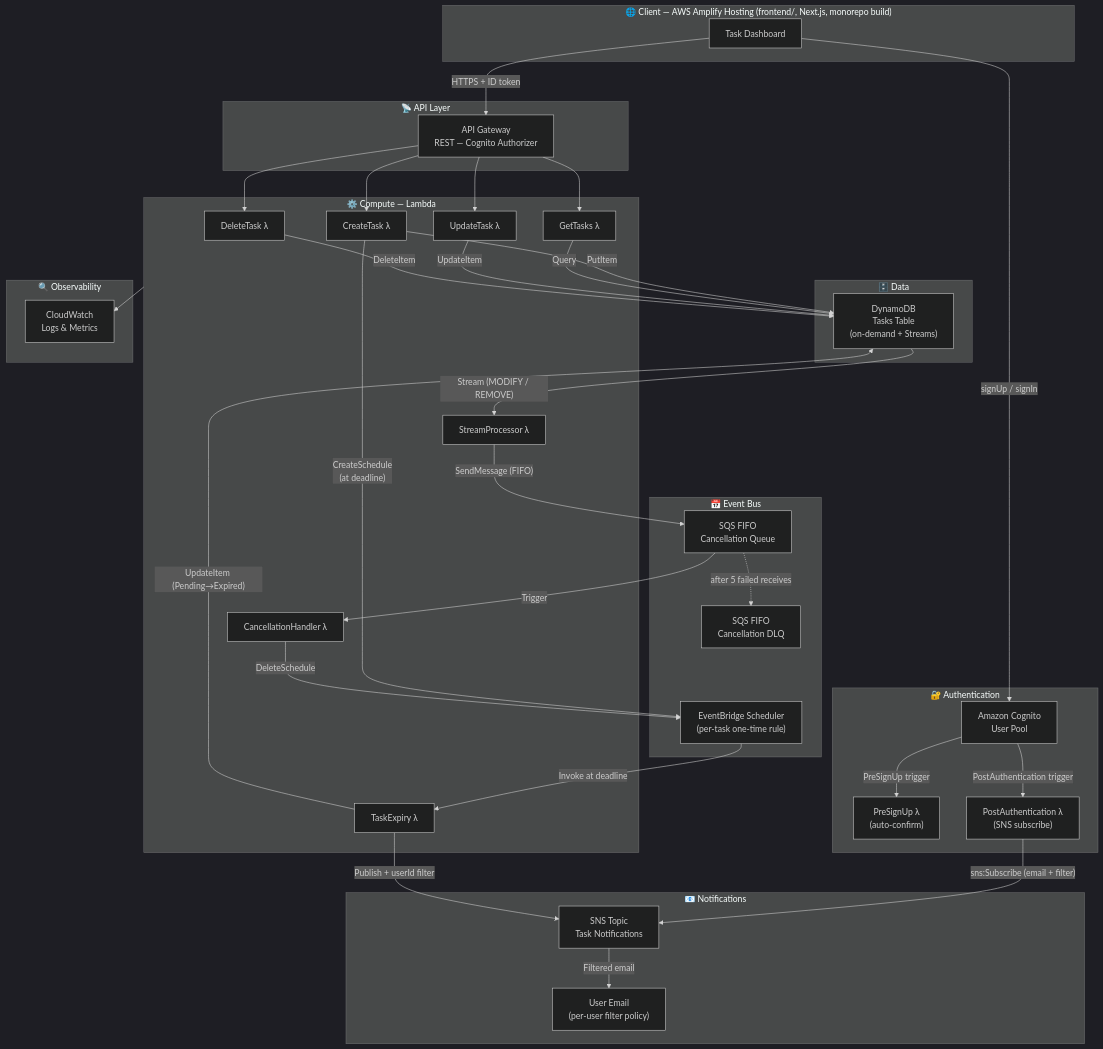
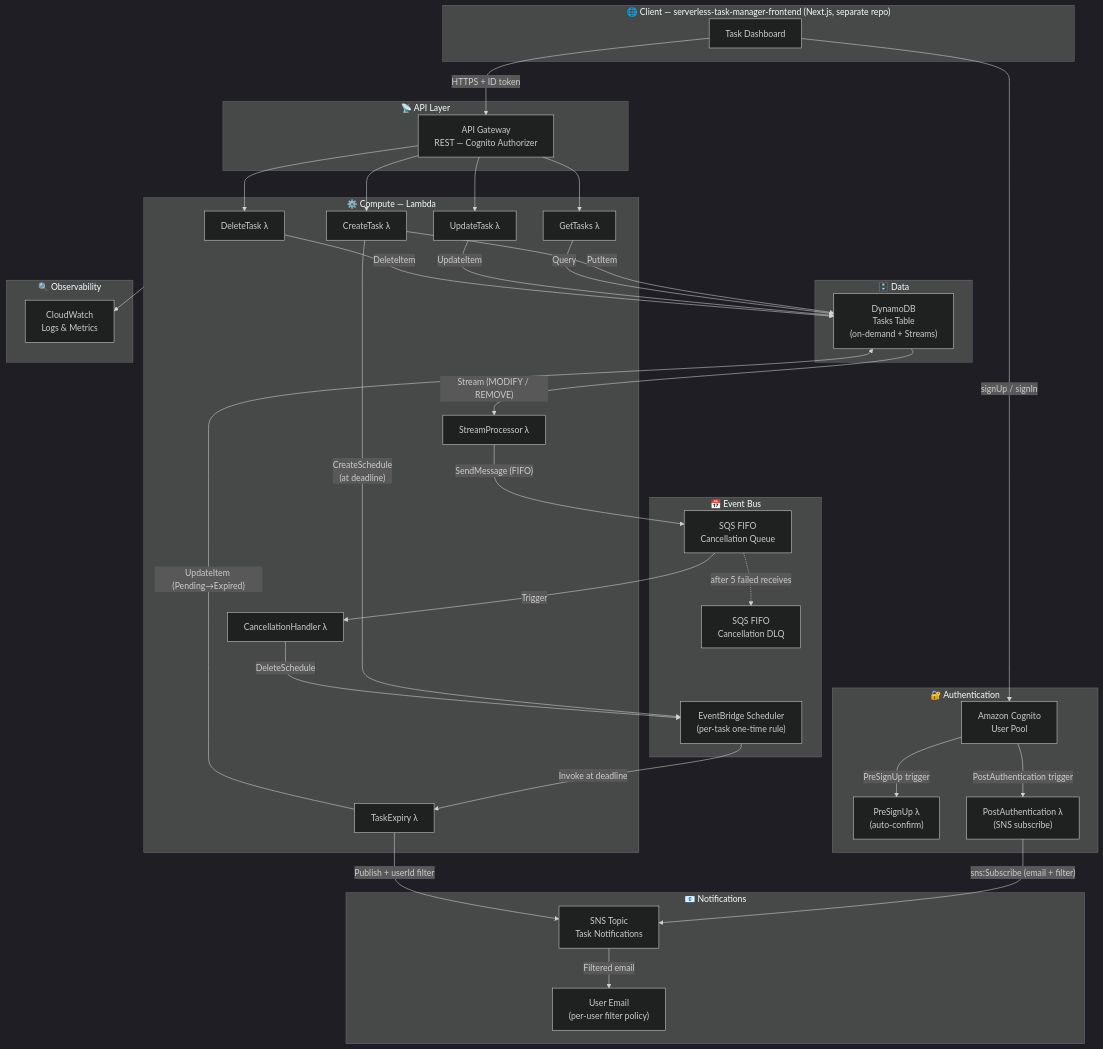
The first of 6 diagrams in docs/architecture.md (nlenjibi/serverless-task-manager-system), drawn with Mermaid (dark theme) before and after one commit. The commit also changed 5 other files, not shown here.

First line of the commit message:
Remove Amplify hosting from template, simplify pipeline to prod-only

````diff
--- a/docs/architecture.md
+++ b/docs/architecture.md
@@ -9,75 +9,75 @@
 ```mermaid
 graph TD
-    subgraph Client["🌐 Client — AWS Amplify Hosting (frontend/, Next.js, monorepo build)"]
+    subgraph Client["🌐 Client — serverless-task-manager-frontend (Next.js, separate repo)"]
         UI["Task Dashboard"]
     end
 
     subgraph Auth["🔐 Authentication"]
         COGN["Amazon Cognito\nUser Pool"]
         PRE["PreSignUp λ\n(auto-confirm)"]
         POST["PostAuthentication λ\n(SNS subscribe)"]
     end
 
     subgraph API["📡 API Layer"]
         APIGW["API Gateway\nREST — Cognito Authorizer"]
     end
 
     subgraph Compute["⚙️ Compute — Lambda"]
         CREATE["CreateTask λ"]
         GET["GetTasks λ"]
         UPDATE["UpdateTask λ"]
         DELETE["DeleteTask λ"]
         EXPIRY["TaskExpiry λ"]
         STREAM["StreamProcessor λ"]
         CANCEL["CancellationHandler λ"]
     end
 
     subgraph Data["🗄️ Data"]
         DDB["DynamoDB\nTasks Table\n(on-demand + Streams)"]
     end
 
     subgraph Events["📅 Event Bus"]
         SCHED["EventBridge Scheduler\n(per-task one-time rule)"]
         SQS["SQS FIFO\nCancellation Queue"]
         DLQ["SQS FIFO\nCancellation DLQ"]
     end
 
     subgraph Notify["📧 Notifications"]
         SNS["SNS Topic\nTask Notifications"]
         EMAIL["User Email\n(per-user filter policy)"]
     end
 
     subgraph Observe["🔍 Observability"]
         CW["CloudWatch\nLogs & Metrics"]
     end
 
     UI -- "HTTPS + ID token" --> APIGW
     UI -- "signUp / signIn" --> COGN
 
     COGN -- "PreSignUp trigger" --> PRE
     COGN -- "PostAuthentication trigger" --> POST
     POST -- "sns:Subscribe (email + filter)" --> SNS
 
     APIGW --> CREATE & GET & UPDATE & DELETE
 
     CREATE -- "PutItem" --> DDB
     GET -- "Query" --> DDB
     UPDATE -- "UpdateItem" --> DDB
     DELETE -- "DeleteItem" --> DDB
 
     CREATE -- "CreateSchedule\n(at deadline)" --> SCHED
 
     SCHED -- "Invoke at deadline" --> EXPIRY
     EXPIRY -- "UpdateItem (Pending→Expired)" --> DDB
     EXPIRY -- "Publish + userId filter" --> SNS
 
     SNS -- "Filtered email" --> EMAIL
 
     DDB -- "Stream (MODIFY / REMOVE)" --> STREAM
     STREAM -- "SendMessage (FIFO)" --> SQS
     SQS -- "Trigger" --> CANCEL
     SQS -. "after 5 failed receives" .-> DLQ
     CANCEL -- "DeleteSchedule" --> SCHED
 
     Compute --> CW
 ```
````
